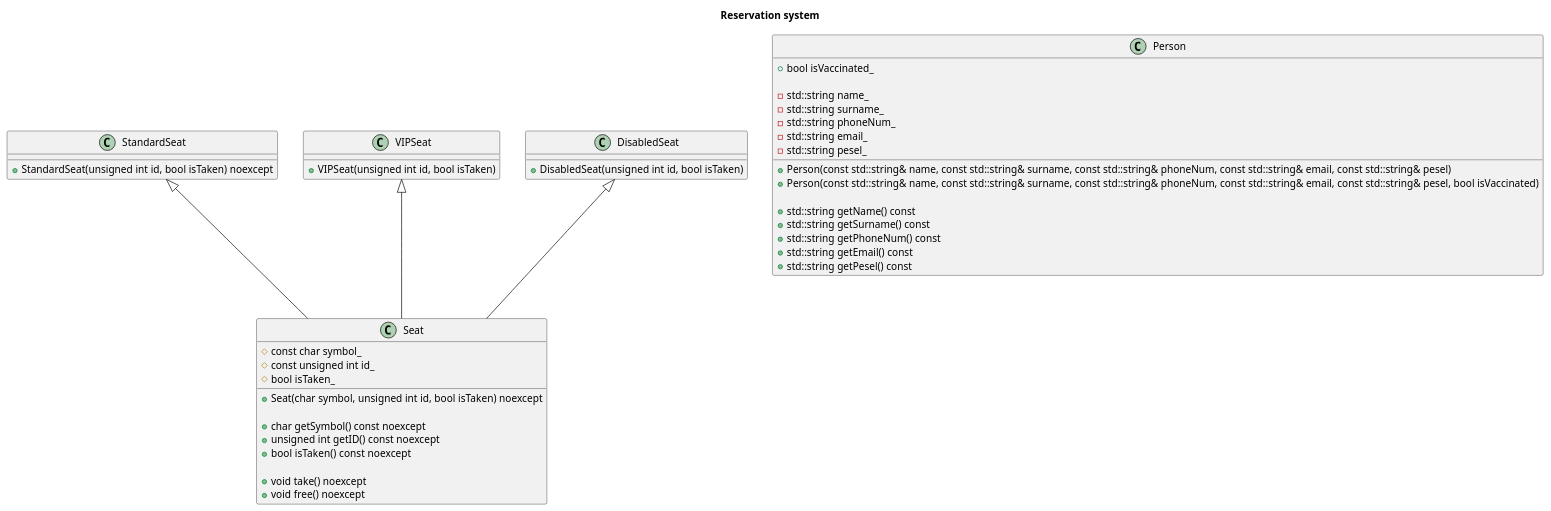
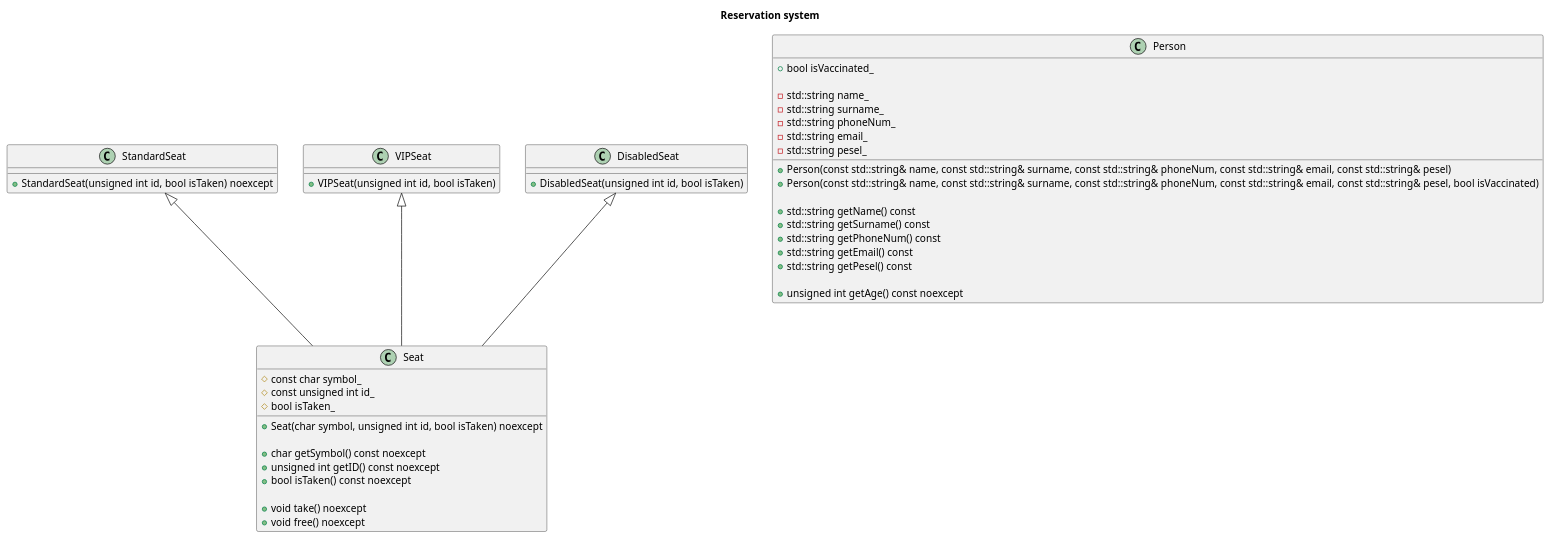
Before and after one commit to anraf1001/reservation-system: the diagram in reservation-system.plantuml, drawn with PlantUML. The commit also changed 1 other file, not shown here.

Commit message:
Update UML

```diff
--- a/reservation-system.plantuml
+++ b/reservation-system.plantuml
@@ -1,57 +1,59 @@
 @startuml Reservation system
 
 title
 Reservation system
 end title
 
 class Seat {
     +Seat(char symbol, unsigned int id, bool isTaken) noexcept
 
     +char getSymbol() const noexcept
     +unsigned int getID() const noexcept
     +bool isTaken() const noexcept
 
     +void take() noexcept
     +void free() noexcept
 
     #const char symbol_
     #const unsigned int id_
     #bool isTaken_
 }
 
 class StandardSeat {
     +StandardSeat(unsigned int id, bool isTaken) noexcept
 }
 
 class VIPSeat {
     +VIPSeat(unsigned int id, bool isTaken)
 }
 
 class DisabledSeat {
     +DisabledSeat(unsigned int id, bool isTaken)
 }
 
 class Person {
     +Person(const std::string& name, const std::string& surname, const std::string& phoneNum, const std::string& email, const std::string& pesel)
     +Person(const std::string& name, const std::string& surname, const std::string& phoneNum, const std::string& email, const std::string& pesel, bool isVaccinated)
 
     +std::string getName() const
     +std::string getSurname() const
     +std::string getPhoneNum() const
     +std::string getEmail() const
     +std::string getPesel() const
 
+    +unsigned int getAge() const noexcept
+
     +bool isVaccinated_
 
     -std::string name_
     -std::string surname_
     -std::string phoneNum_
     -std::string email_
     -std::string pesel_
 }
 
 StandardSeat <|-- Seat
 VIPSeat <|-- Seat
 DisabledSeat <|-- Seat
 
 @enduml
```
